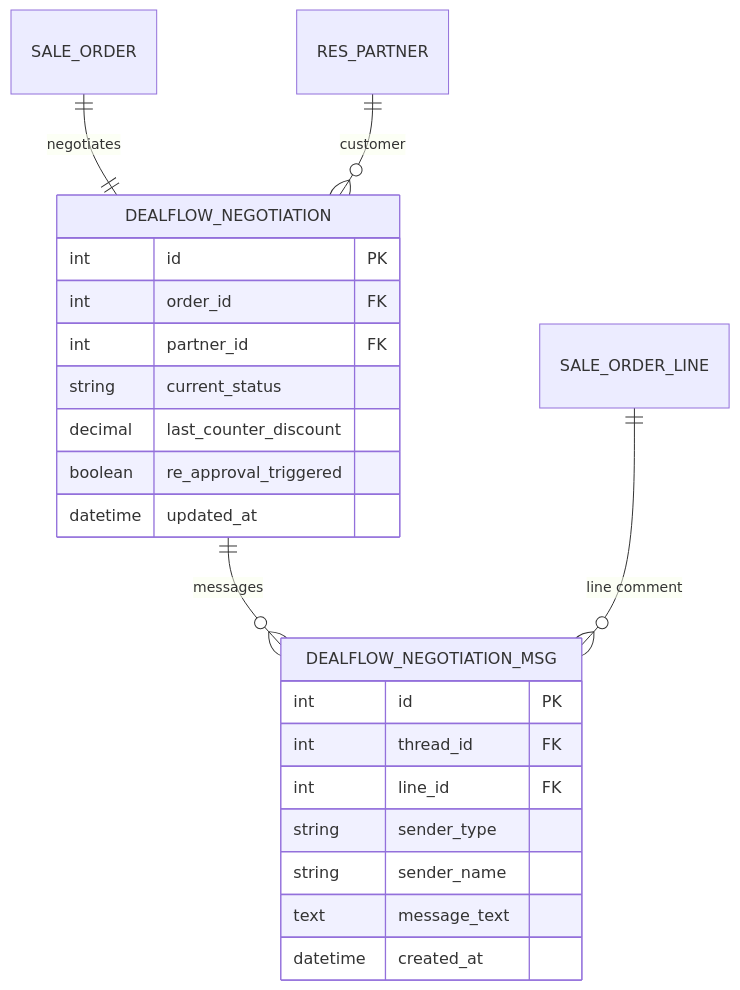
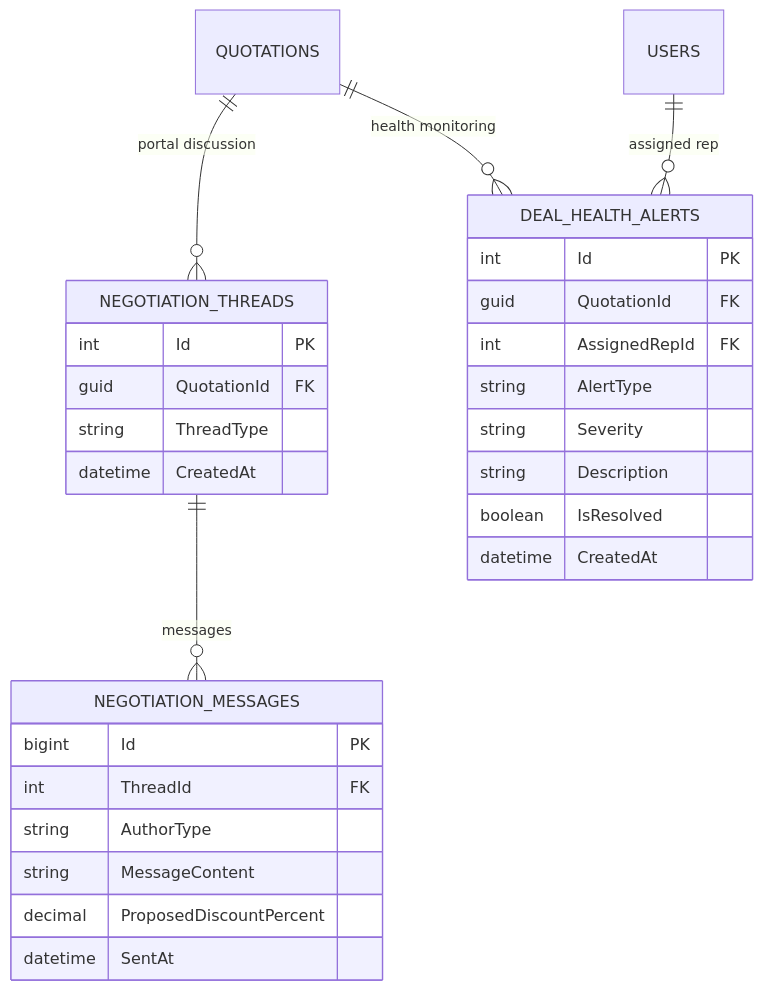
The eighth of 9 diagrams in docs/database/DEALFLOW360_ERD.md (aniruddh209/Odoo-Heckathon-Gandhinagar), drawn with Mermaid before and after one commit. The commit also changed other lines of this file and 10 other files, not shown here.

Commit message:
chore(architecture): lock stack to React + ASP.NET Core + SQL Server and align documentation

````diff
--- a/docs/database/DEALFLOW360_ERD.md
+++ b/docs/database/DEALFLOW360_ERD.md
@@ -323,27 +296,34 @@
 ```mermaid
 erDiagram
-    SALE_ORDER ||--|| DEALFLOW_NEGOTIATION : "negotiates"
-    RES_PARTNER ||--o{ DEALFLOW_NEGOTIATION : "customer"
-    DEALFLOW_NEGOTIATION ||--o{ DEALFLOW_NEGOTIATION_MSG : "messages"
-    SALE_ORDER_LINE ||--o{ DEALFLOW_NEGOTIATION_MSG : "line comment"
+    QUOTATIONS ||--o{ NEGOTIATION_THREADS : "portal discussion"
+    NEGOTIATION_THREADS ||--o{ NEGOTIATION_MESSAGES : "messages"
+    QUOTATIONS ||--o{ DEAL_HEALTH_ALERTS : "health monitoring"
+    USERS ||--o{ DEAL_HEALTH_ALERTS : "assigned rep"
 
-    DEALFLOW_NEGOTIATION {
-        int id PK
-        int order_id FK
-        int partner_id FK
-        string current_status
-        decimal last_counter_discount
-        boolean re_approval_triggered
-        datetime updated_at
+    NEGOTIATION_THREADS {
+        int Id PK
+        guid QuotationId FK
+        string ThreadType
+        datetime CreatedAt
     }
 
-    DEALFLOW_NEGOTIATION_MSG {
-        int id PK
-        int thread_id FK
-        int line_id FK
-        string sender_type
-        string sender_name
-        text message_text
-        datetime created_at
+    NEGOTIATION_MESSAGES {
+        bigint Id PK
+        int ThreadId FK
+        string AuthorType
+        string MessageContent
+        decimal ProposedDiscountPercent
+        datetime SentAt
+    }
+
+    DEAL_HEALTH_ALERTS {
+        int Id PK
+        guid QuotationId FK
+        int AssignedRepId FK
+        string AlertType
+        string Severity
+        string Description
+        boolean IsResolved
+        datetime CreatedAt
     }
 ```
````
